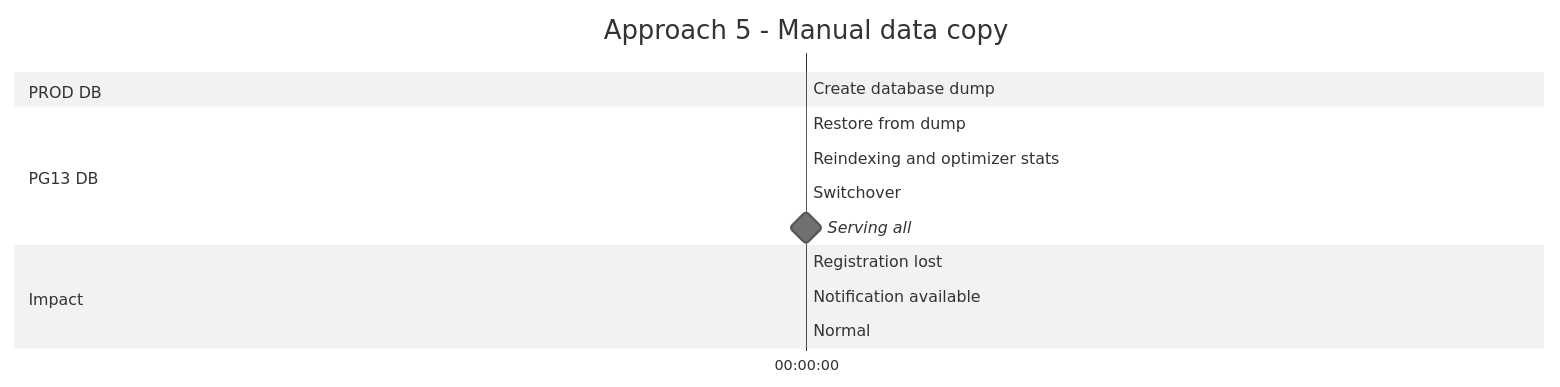
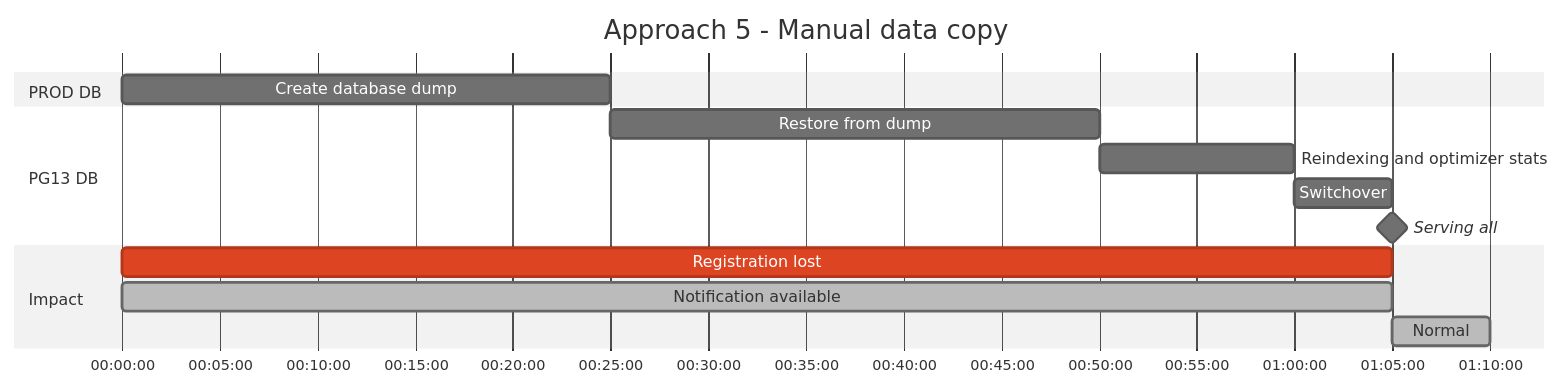
The fifth of 5 diagrams in docs/architecture/03-postgresql-upgrade.md (guardian/mobile-n10n), drawn with Mermaid (neutral theme) before and after one commit. The commit also changed other lines of this file, not shown here.

Commit message:
Fix the mermaid diagram of the doc

````diff
--- a/docs/architecture/03-postgresql-upgrade.md
+++ b/docs/architecture/03-postgresql-upgrade.md
@@ -227,17 +227,17 @@
 ```mermaid
 gantt
     title Approach 5 - Manual data copy
     dateFormat  HH:mm:ss
     axisFormat  %H:%M:%S
     section PROD DB
-    Create database dump              :a1, 00:00:00, 25min
+    Create database dump              :a1, 00:00:00, 25m
     section PG13 DB
-    Restore from dump                 :b1, after a1, 25min
-    Reindexing and optimizer stats    :b2, after b1, 10min
-    Switchover                        :b3, after b2, 5min
-    Serving all                       :milestone, after b3, 0min
+    Restore from dump                 :b1, after a1, 25m
+    Reindexing and optimizer stats    :b2, after b1, 10m
+    Switchover                        :b3, after b2, 5m
+    Serving all                       :milestone, after b3, 0m
     section Impact 
-    Registration lost                 :crit, c1a, 00:00:00, 65min
-    Notification available            :done, c1b, 00:00:00, 65min
-    Normal                            :done, c2, after b3, 5min
+    Registration lost                 :crit, c1a, 00:00:00, 65m
+    Notification available            :done, c1b, 00:00:00, 65m
+    Normal                            :done, c2, after b3, 5m
 ```
````
